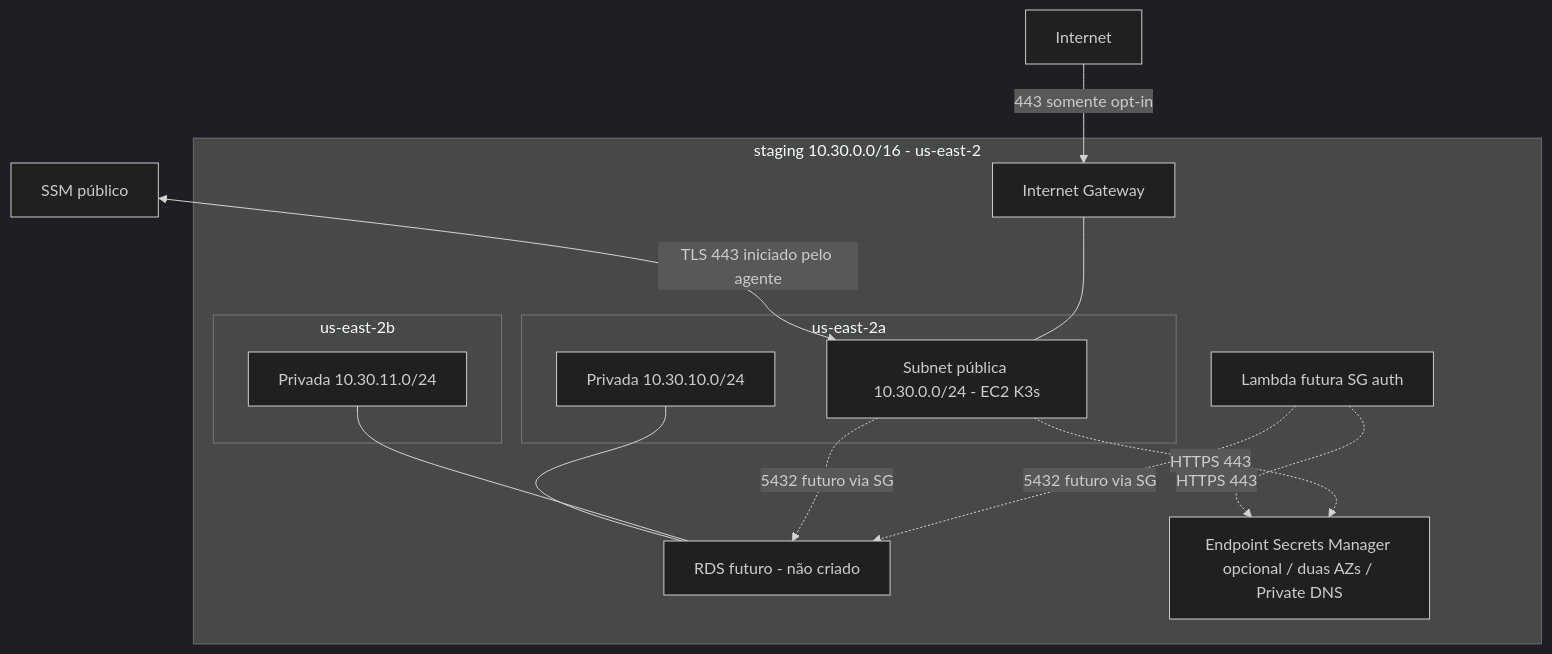
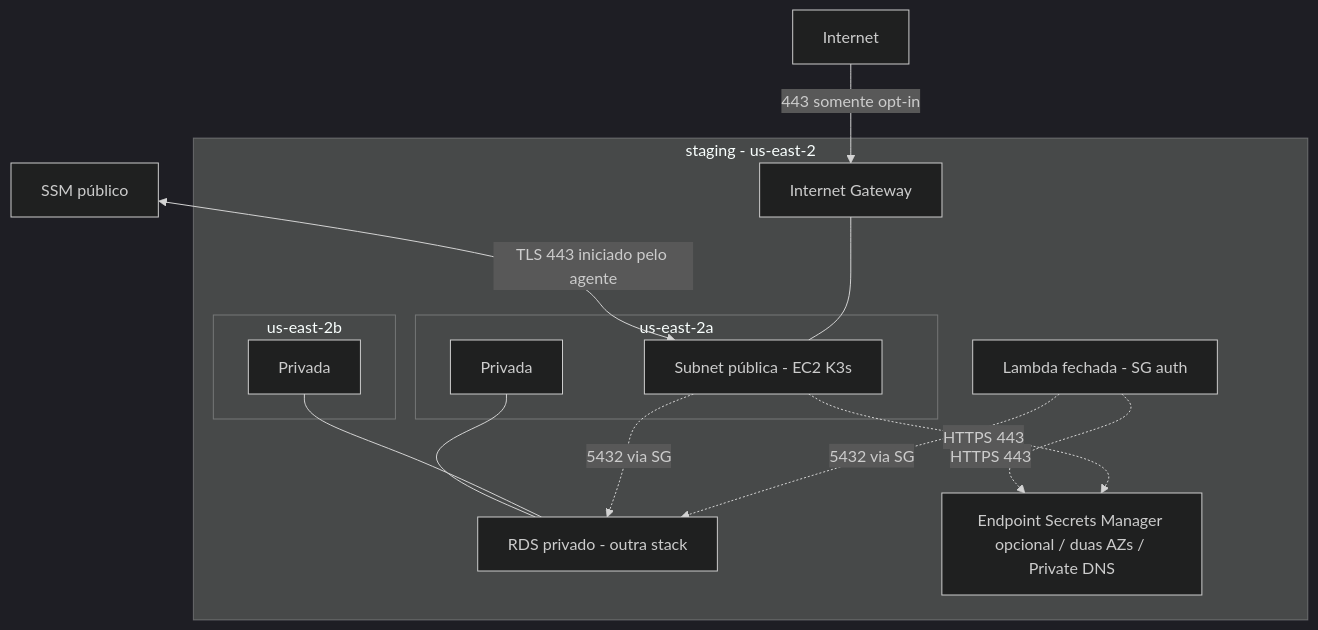
Before and after one commit to ppdssdev/tech-challenge-oficina-infra-k3s: the first of 2 diagrams in docs/aws-architecture.md, drawn with Mermaid (dark theme). The commit also changed other lines of this file and 8 other files, not shown here.

Commit message:
docs(fase3): consolidate verified architecture and final evidence

````diff
--- a/docs/aws-architecture.md
+++ b/docs/aws-architecture.md
@@ -8,22 +14,22 @@
 ```mermaid
 flowchart TB
   Internet -->|443 somente opt-in| IGW
   SSM[SSM público] <-->|TLS 443 iniciado pelo agente| EC2
-  subgraph VPC[staging 10.30.0.0/16 - us-east-2]
+  subgraph VPC[staging - us-east-2]
     IGW[Internet Gateway]
     subgraph A[us-east-2a]
-      EC2[Subnet pública 10.30.0.0/24 - EC2 K3s]
-      P1[Privada 10.30.10.0/24]
+      EC2[Subnet pública - EC2 K3s]
+      P1[Privada]
     end
     subgraph B[us-east-2b]
-      P2[Privada 10.30.11.0/24]
+      P2[Privada]
     end
     IGW --- EC2
-    P1 --- RDS[RDS futuro - não criado]
+    P1 --- RDS[RDS privado - outra stack]
     P2 --- RDS
-    EC2 -. 5432 futuro via SG .-> RDS
-    Lambda[Lambda futura SG auth] -. 5432 futuro via SG .-> RDS
+    EC2 -. 5432 via SG .-> RDS
+    Lambda[Lambda fechada - SG auth] -. 5432 via SG .-> RDS
     Lambda -. HTTPS 443 .-> EP[Endpoint Secrets Manager opcional / duas AZs / Private DNS]
     EC2 -. HTTPS 443 .-> EP
   end
 ```
````
